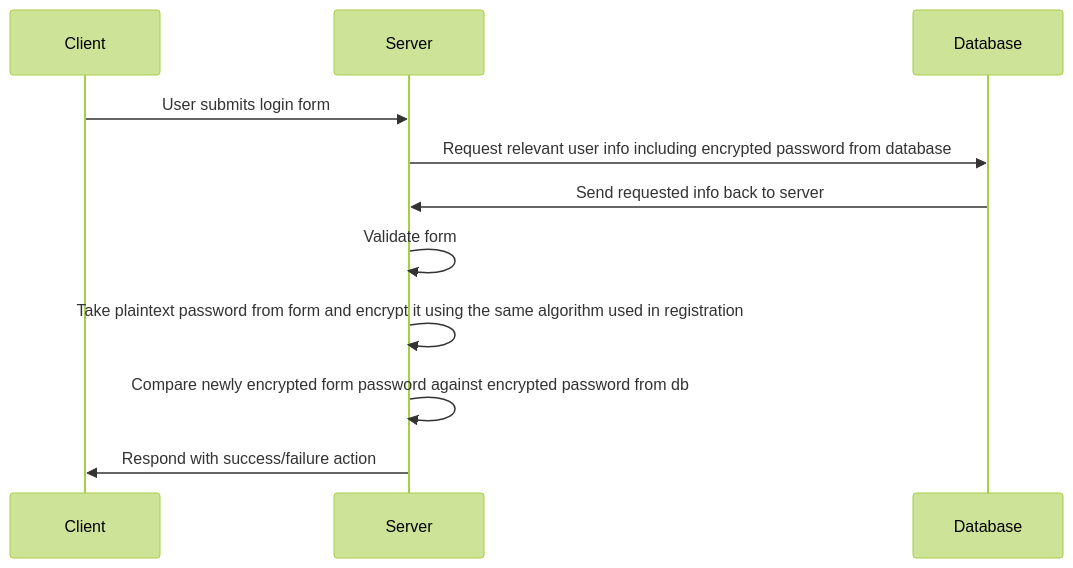
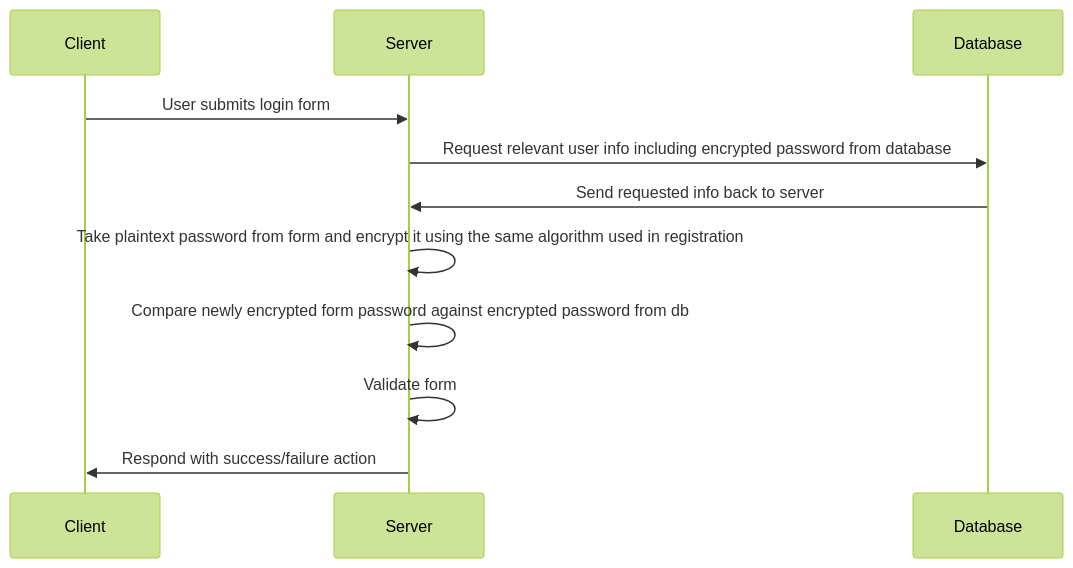
One commit to Gudrum/flask_fun changed the second of 2 diagrams in README.md. Above: the diagram before and after it, drawn with Mermaid (forest theme). The commit also changed other lines of this file, not shown here.

````diff
--- a/README.md
+++ b/README.md
@@ -17,10 +17,10 @@
 ```mermaid
 sequenceDiagram
   Client->>Server: User submits login form
   Server->>Database: Request relevant user info including encrypted password from database
   Database->>Server: Send requested info back to server
-  Server->>Server: Validate form
   Server->>Server: Take plaintext password from form and encrypt it using the same algorithm used in registration
   Server->>Server: Compare newly encrypted form password against encrypted password from db
+  Server->>Server: Validate form
   Server->>Client: Respond with success/failure action
 ```
````
